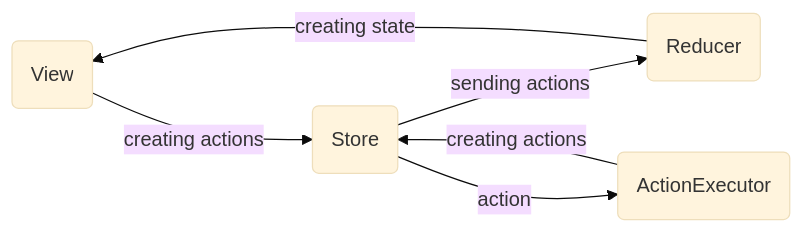
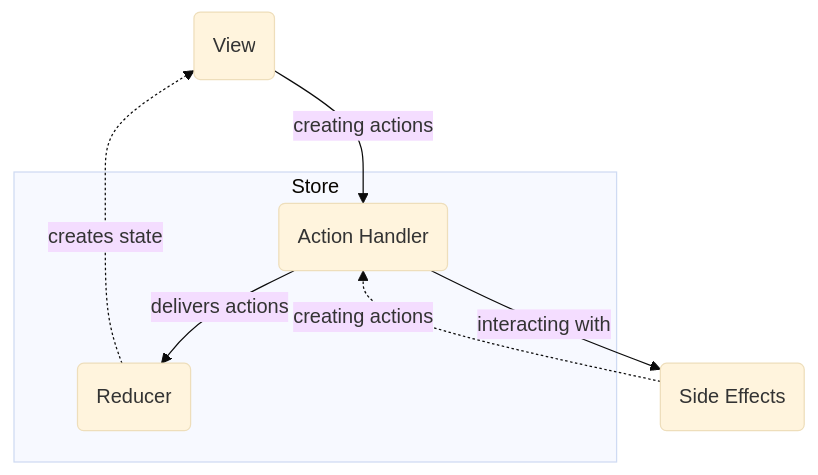
One commit to rzmn/verni changed the third of 3 diagrams in README.md. Above: the diagram before and after it, drawn with Mermaid (base theme). The commit also changed other lines of this file, not shown here.

````diff
--- a/README.md
+++ b/README.md
@@ -140,10 +98,10 @@
 ```mermaid
-graph LR
-    View(View) -- creating actions --> Store(Store)
-    Store(Store) -- sending actions --> Reducer(Reducer)
-    Store(Store) -- action --> ActionExecutor(ActionExecutor)
-    ActionExecutor(ActionExecutor) -- creating actions --> Store(Store)
-    Reducer(Reducer) -- creating state --> View(View)
-    
-
+flowchart
+    View(View) -- creating actions --> ActionHandler(Action Handler)
+    subgraph Store
+    ActionHandler(Action Handler) -- delivers actions --> Reducer(Reducer)
+    end
+    Reducer(Reducer) -. creates state .-> View(View)
+    ActionHandler(Action Handler) -- interacting with --> SideEffects(Side Effects)
+    SideEffects(Side Effects) -. creating actions .-> ActionHandler(Action Handler)
 ```
````
